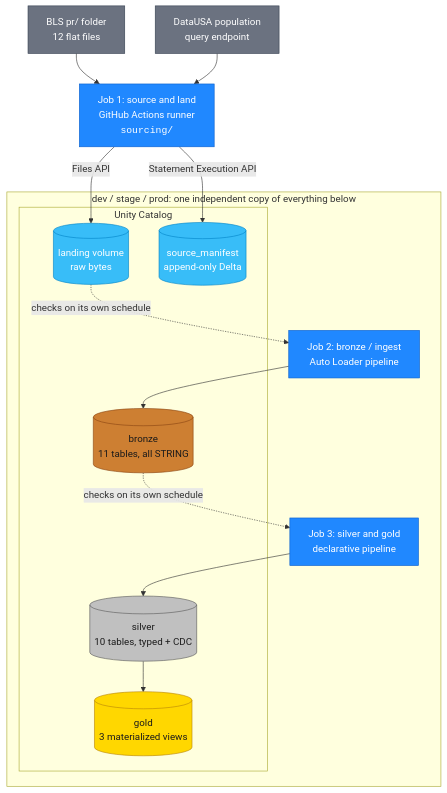
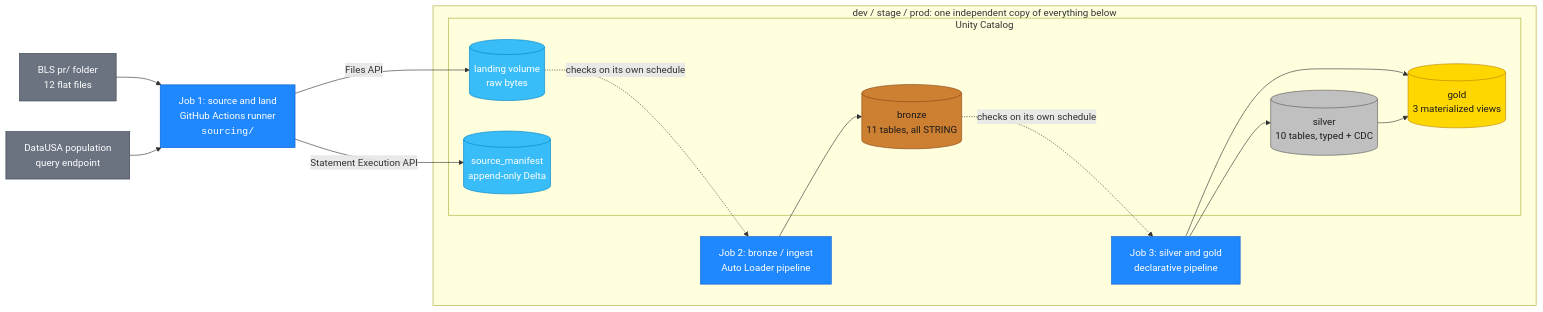
The first of 2 diagrams in README.md (schmucas/rearc_data_quest), drawn with Mermaid before and after one commit.

Commit message:
Switch architecture diagram to horizontal, fix Job 3 fan-out
flowchart LR instead of TB. Job 3 now connects directly to both silver
and gold (not just silver, with gold hanging off silver alone), since
the job runs both. SV --> GD stays as a separate edge showing gold
actually reads from silver within that same job run.

````diff
--- a/README.md
+++ b/README.md
@@ -66,39 +66,40 @@
 ```mermaid
-flowchart TB
+flowchart LR
   BLS["BLS pr/ folder<br/>12 flat files"]:::source
   API["DataUSA population<br/>query endpoint"]:::source
   BLS --> GHA
   API --> GHA
   GHA["Job 1: source and land<br/>GitHub Actions runner<br/><code>sourcing/</code>"]:::job
 
   GHA -->|Files API| VOL[("landing volume<br/>raw bytes")]:::storage
   GHA -->|Statement Execution API| MAN[("source_manifest<br/>append-only Delta")]:::storage
 
   VOL -.->|checks on its own schedule| BJ
   BJ["Job 2: bronze / ingest<br/>Auto Loader pipeline"]:::job
   BJ --> BZ[("bronze<br/>11 tables, all STRING")]:::bronze
 
   BZ -.->|checks on its own schedule| SJ
   SJ["Job 3: silver and gold<br/>declarative pipeline"]:::job
   SJ --> SV[("silver<br/>10 tables, typed + CDC")]:::silver
-  SV --> GD[("gold<br/>3 materialized views")]:::gold
+  SJ --> GD[("gold<br/>3 materialized views")]:::gold
+  SV --> GD
 
   subgraph ENV["dev / stage / prod: one independent copy of everything below"]
     BJ
     SJ
     subgraph UC["Unity Catalog"]
       VOL
       MAN
       BZ
       SV
       GD
     end
   end
 
   classDef source fill:#6b7280,stroke:#374151,color:#ffffff
   classDef job fill:#2088ff,stroke:#0b5fcc,color:#ffffff
   classDef bronze fill:#cd7f32,stroke:#8b4513,color:#1a1a1a
   classDef silver fill:#c0c0c0,stroke:#5b5b5b,color:#1a1a1a
   classDef gold fill:#ffd700,stroke:#b8860b,color:#1a1a1a
   classDef storage fill:#38bdf8,stroke:#0284c7,color:#ffffff
 ```
````
